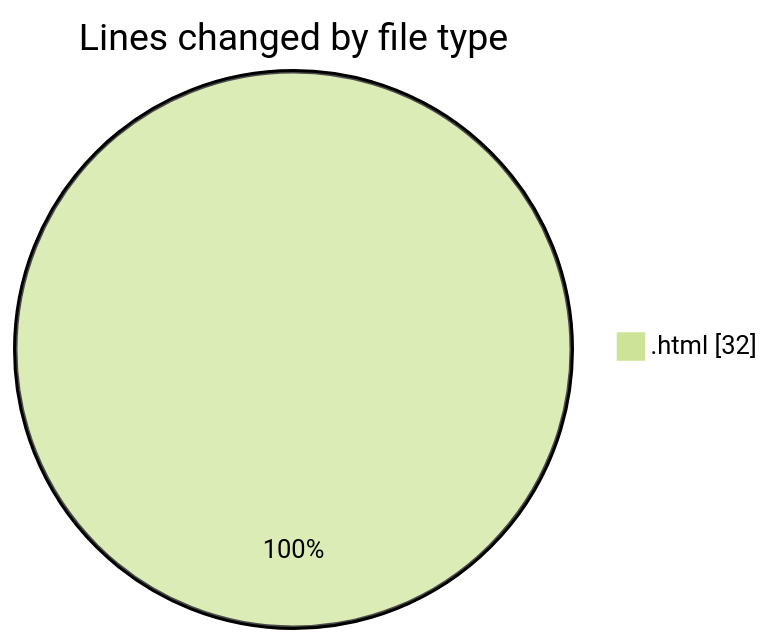
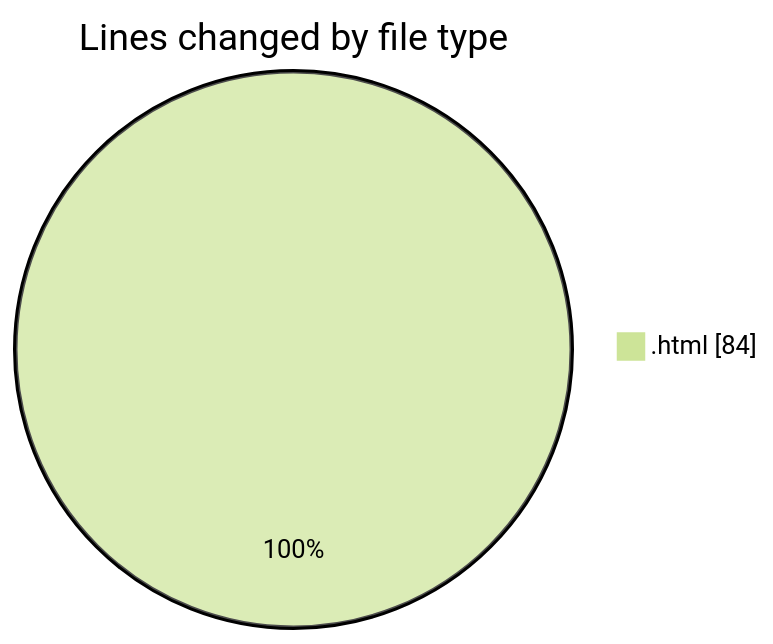
One commit to LanceThiago/code-tracking changed the first of 2 diagrams in 2025-04-29/enre_-_calculadora_de_consumo_v_2022_files/README.md. Above: the diagram before and after it, drawn with Mermaid (forest theme). The commit also changed other lines of this file and 1 other file, not shown here.

````diff
--- a/2025-04-29/enre_-_calculadora_de_consumo_v_2022_files/README.md
+++ b/2025-04-29/enre_-_calculadora_de_consumo_v_2022_files/README.md
@@ -20,5 +20,5 @@
 ```mermaid
 pie showData
 title Lines changed by file type
-".html" : 32
+".html" : 84
 ```
````
